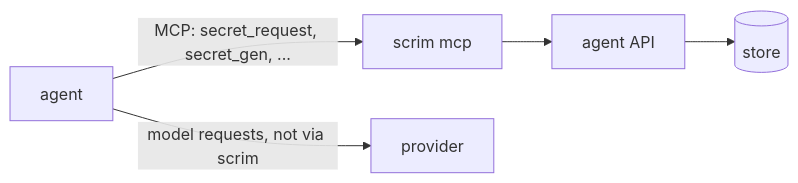
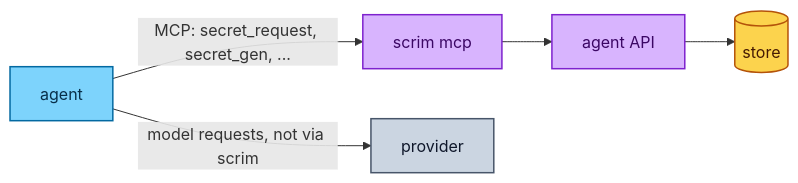
The eighth of 9 diagrams in docs/interception.md (Heliopsy/scrim), drawn with Mermaid before and after one commit. The commit also changed other lines of this file and 6 other files, not shown here.

Commit message:
docs: new scrim logo and colour-coded mermaid diagrams

````diff
--- a/docs/interception.md
+++ b/docs/interception.md
@@ -557,5 +618,13 @@
 ```mermaid
 flowchart LR
   agent["agent"] -- "MCP: secret_request, secret_gen, ..." --> mcp["scrim mcp"] --> api["agent API"] --> store[("store")]
   agent -- "model requests, not via scrim" --> prov["provider"]
+  classDef agent fill:#7dd3fc,stroke:#0369a1,stroke-width:1.5px,color:#082f49
+  classDef cplane fill:#d8b4fe,stroke:#7e22ce,stroke-width:1.5px,color:#3b0764
+  classDef store fill:#fcd34d,stroke:#b45309,stroke-width:1.5px,color:#451a03
+  classDef ext fill:#cbd5e1,stroke:#475569,stroke-width:1.5px,color:#0f172a
+  class agent agent
+  class mcp,api cplane
+  class store store
+  class prov ext
 ```
````
